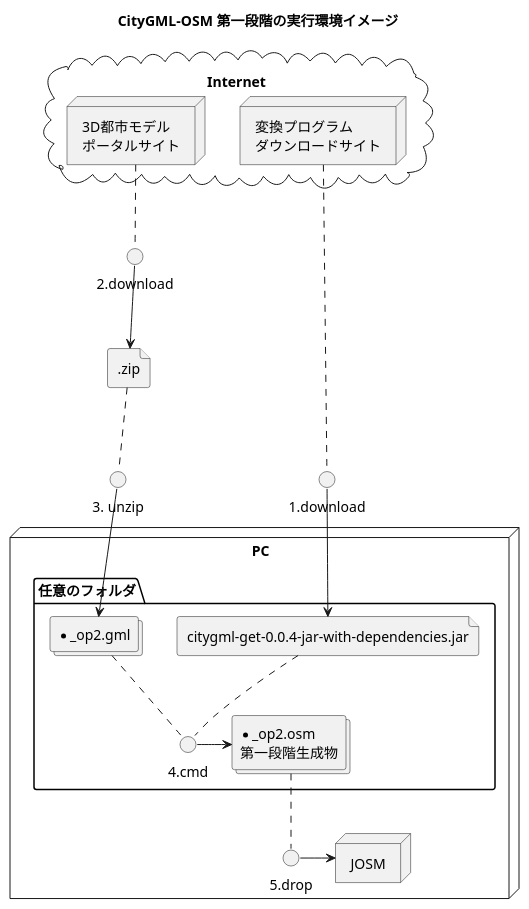
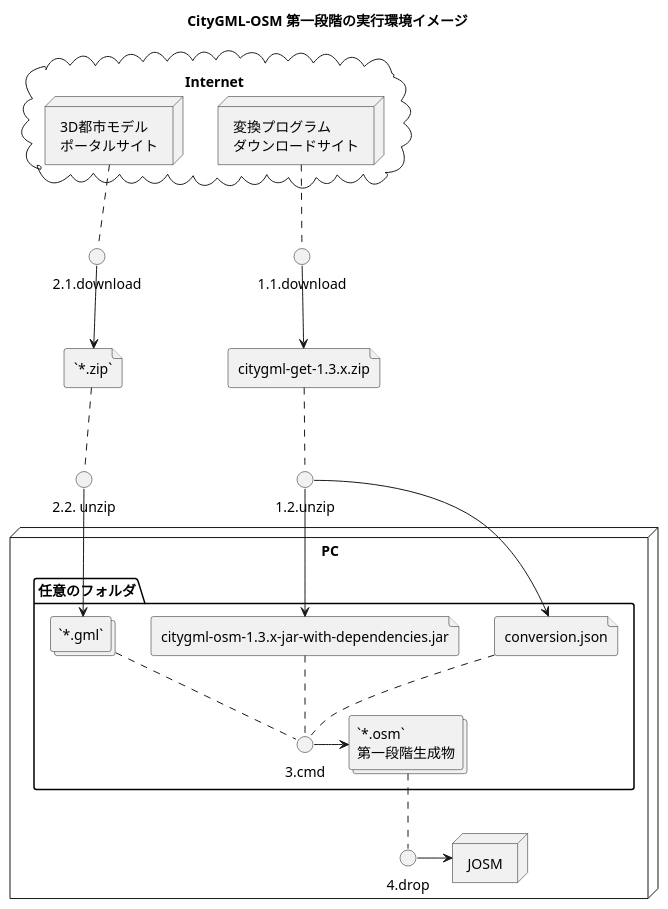
Before and after one commit to yuuhayashi/citygml-osm: the diagram in doc/startup.pu, drawn with PlantUML. The commit also changed 4 other files, not shown here.

```diff
--- a/doc/startup.pu
+++ b/doc/startup.pu
@@ -1,44 +1,54 @@
 @startuml
 title CityGML-OSM 第一段階の実行環境イメージ
 
 cloud Internet {
  node "3D都市モデル\nポータルサイト" as zipsite
  node "変換プログラム\nダウンロードサイト" as jarsite
 }
 
-() "1.download" as jardownload
+() "1.1.download" as jardownload
 jarsite .. jardownload
 
-() "2.download" as zipdownload
+file "citygml-get-1.3.x.zip" as zip1
+
+() "1.2.unzip" as unzip1
+zip1 .. unzip1
+
+() "2.1.download" as zipdownload
 zipsite .. zipdownload
 
-file ".zip" as zip
-() "3. unzip" as unzip
-zip .. unzip
+file "`*.zip`" as zip2
+
+() "2.2. unzip" as unzip2
+zip2 .. unzip2
 
 node PC {
 
  folder 任意のフォルダ {
-  file "citygml-get-0.0.4-jar-with-dependencies.jar" as jar
-  collections "*_op2.gml" as gml
+  file "conversion.json" as json
+  file "citygml-osm-1.3.x-jar-with-dependencies.jar" as jar
+  unzip1 --> jar
+  unzip1 --> json
+  collections "`*.gml`" as gml
  
-  unzip --> gml
-  () "4.cmd" as cmd
+  unzip2 --> gml
+  () "3.cmd" as cmd
  
-  collections "*_op2.osm\n第一段階生成物" as osm
+  collections "`*.osm`\n第一段階生成物" as osm
  }
 
  node JOSM
- () "5.drop" as drop
+ () "4.drop" as drop
 
 }
 
-jardownload --> jar
-zipdownload --> zip
+jardownload --> zip1
+zipdownload --> zip2
 
 jar .. cmd
+json .. cmd
 gml .. cmd
 cmd -> osm
 osm .. drop
 drop -> JOSM
 @enduml
```
